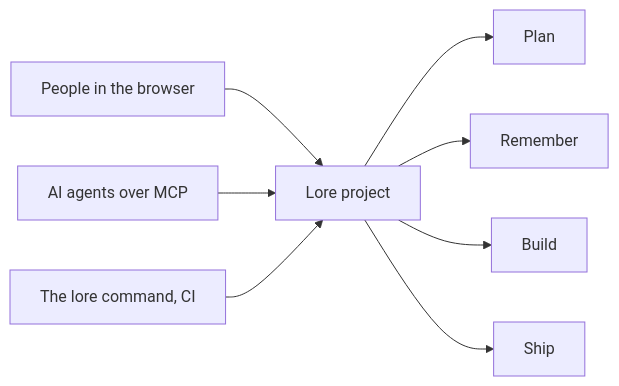
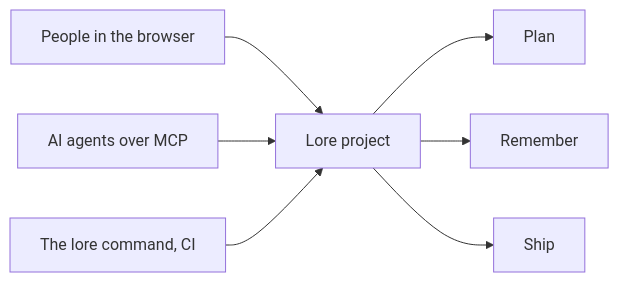
One commit to alepha-dev/alepha changed the diagram in lore/docs/1-start/1-introduction.md. Above: the diagram before and after it, drawn with Mermaid. The commit also changed other lines of this file and 291 other files, not shown here.

````diff
--- a/lore/docs/1-start/1-introduction.md
+++ b/lore/docs/1-start/1-introduction.md
@@ -40,10 +42,9 @@
 ```mermaid
 flowchart LR
   People[People in the browser] --> Project[Lore project]
   Agents[AI agents over MCP] --> Project
   CLI[The lore command, CI] --> Project
   Project --> Plan
   Project --> Remember
-  Project --> Build
   Project --> Ship
 ```
````
